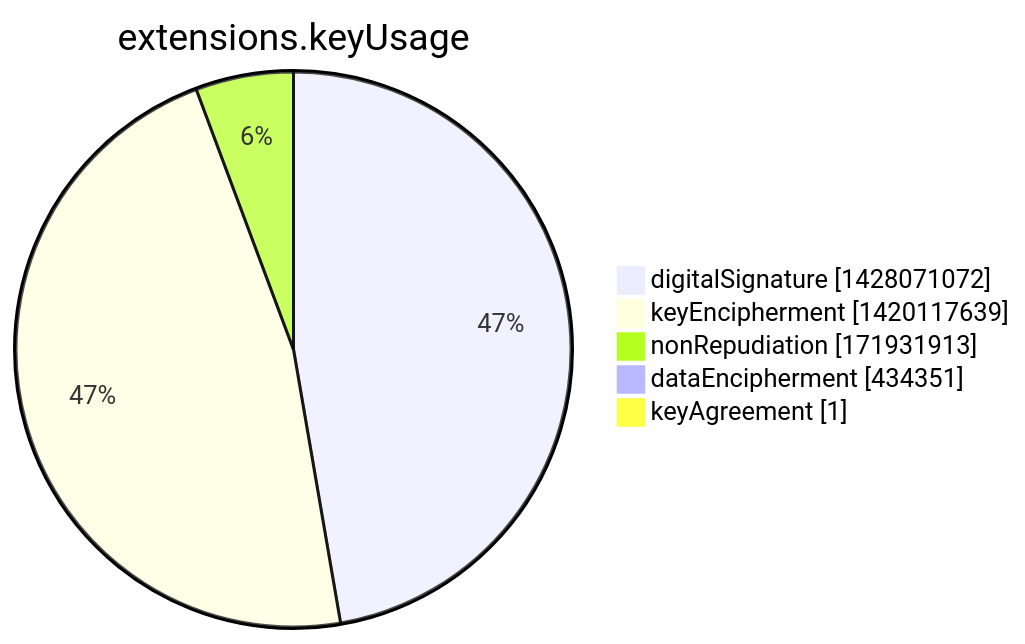
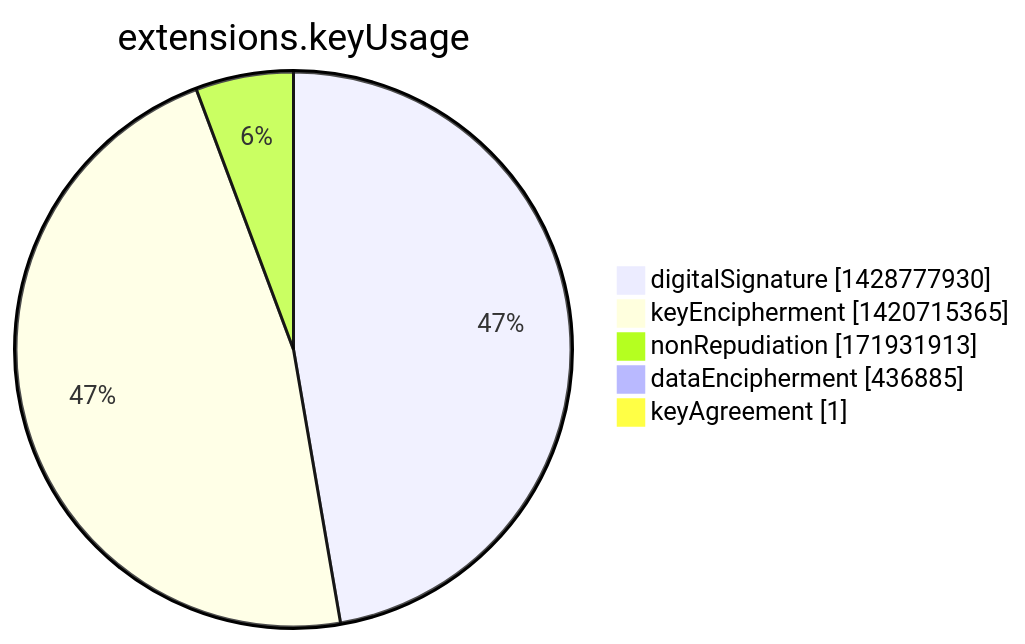
Before and after one commit to christiankrug/ctmonitor_visualization: the seventh of 15 diagrams in argon2022/README.md, drawn with Mermaid. The commit also changed other lines of this file, not shown here.

````diff
--- a/argon2022/README.md
+++ b/argon2022/README.md
@@ -2751,9 +2751,9 @@
 ```mermaid
 pie showData
 title extensions.keyUsage
-"digitalSignature" :1428071072
-"keyEncipherment" :1420117639
+"digitalSignature" :1428777930
+"keyEncipherment" :1420715365
 "nonRepudiation" :171931913
-"dataEncipherment" :434351
+"dataEncipherment" :436885
 "keyAgreement" :1
 ```
````
